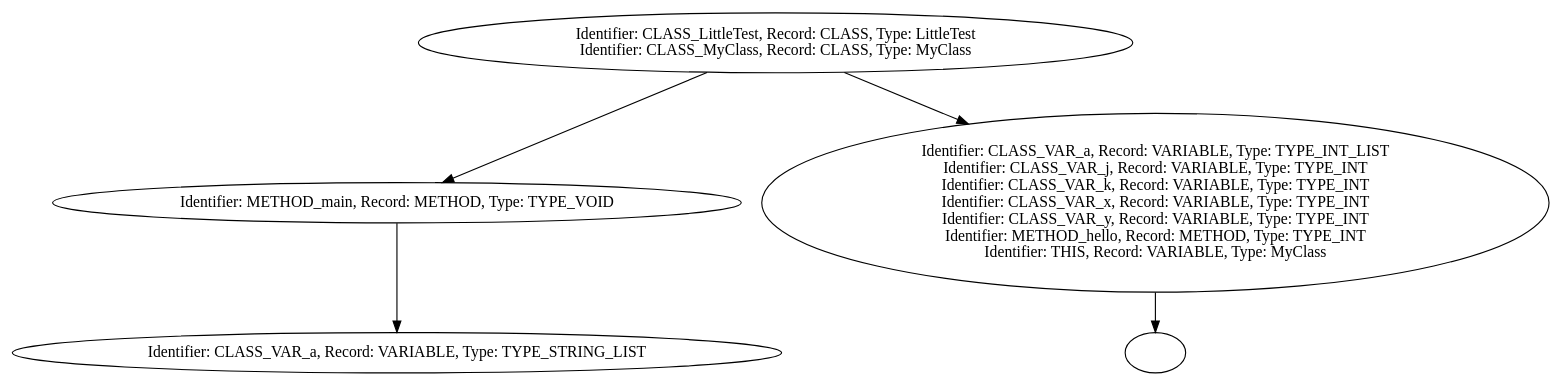
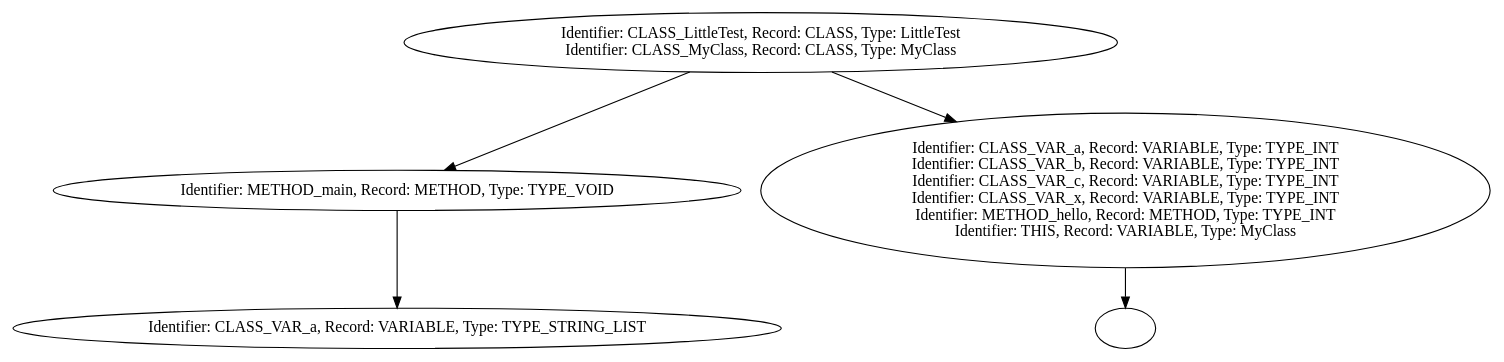
The diagram in getting_started/table.dot (RealNexa/DV1655-compiler), drawn with Graphviz before and after one commit. The commit also changed 8 other files, not shown here.

```diff
--- a/getting_started/table.dot
+++ b/getting_started/table.dot
@@ -1,11 +1,11 @@
 digraph {
 n0 [label="Identifier: CLASS_LittleTest, Record: CLASS, Type: LittleTest\nIdentifier: CLASS_MyClass, Record: CLASS, Type: MyClass\n"];
 n1 [label="Identifier: METHOD_main, Record: METHOD, Type: TYPE_VOID\n"];
 n2 [label="Identifier: CLASS_VAR_a, Record: VARIABLE, Type: TYPE_STRING_LIST\n"];
 n1 -> n2
 n0 -> n1
-n3 [label="Identifier: CLASS_VAR_a, Record: VARIABLE, Type: TYPE_INT_LIST\nIdentifier: CLASS_VAR_j, Record: VARIABLE, Type: TYPE_INT\nIdentifier: CLASS_VAR_k, Record: VARIABLE, Type: TYPE_INT\nIdentifier: CLASS_VAR_x, Record: VARIABLE, Type: TYPE_INT\nIdentifier: CLASS_VAR_y, Record: VARIABLE, Type: TYPE_INT\nIdentifier: METHOD_hello, Record: METHOD, Type: TYPE_INT\nIdentifier: THIS, Record: VARIABLE, Type: MyClass\n"];
+n3 [label="Identifier: CLASS_VAR_a, Record: VARIABLE, Type: TYPE_INT\nIdentifier: CLASS_VAR_b, Record: VARIABLE, Type: TYPE_INT\nIdentifier: CLASS_VAR_c, Record: VARIABLE, Type: TYPE_INT\nIdentifier: CLASS_VAR_x, Record: VARIABLE, Type: TYPE_INT\nIdentifier: METHOD_hello, Record: METHOD, Type: TYPE_INT\nIdentifier: THIS, Record: VARIABLE, Type: MyClass\n"];
 n4 [label=""];
 n3 -> n4
 n0 -> n3
 }
```
